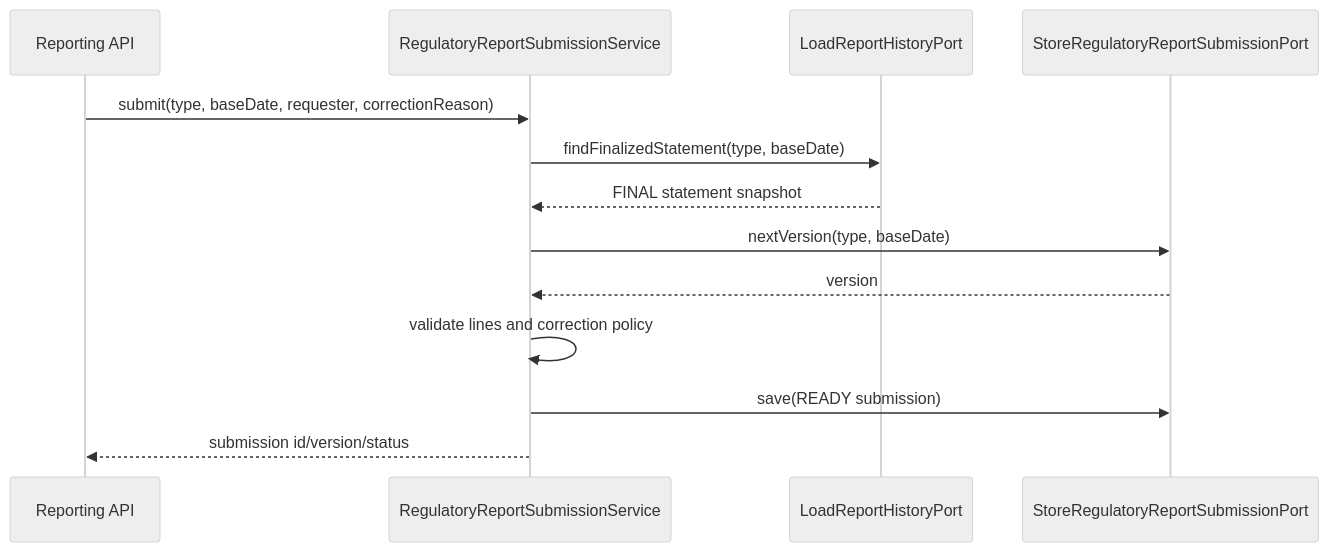
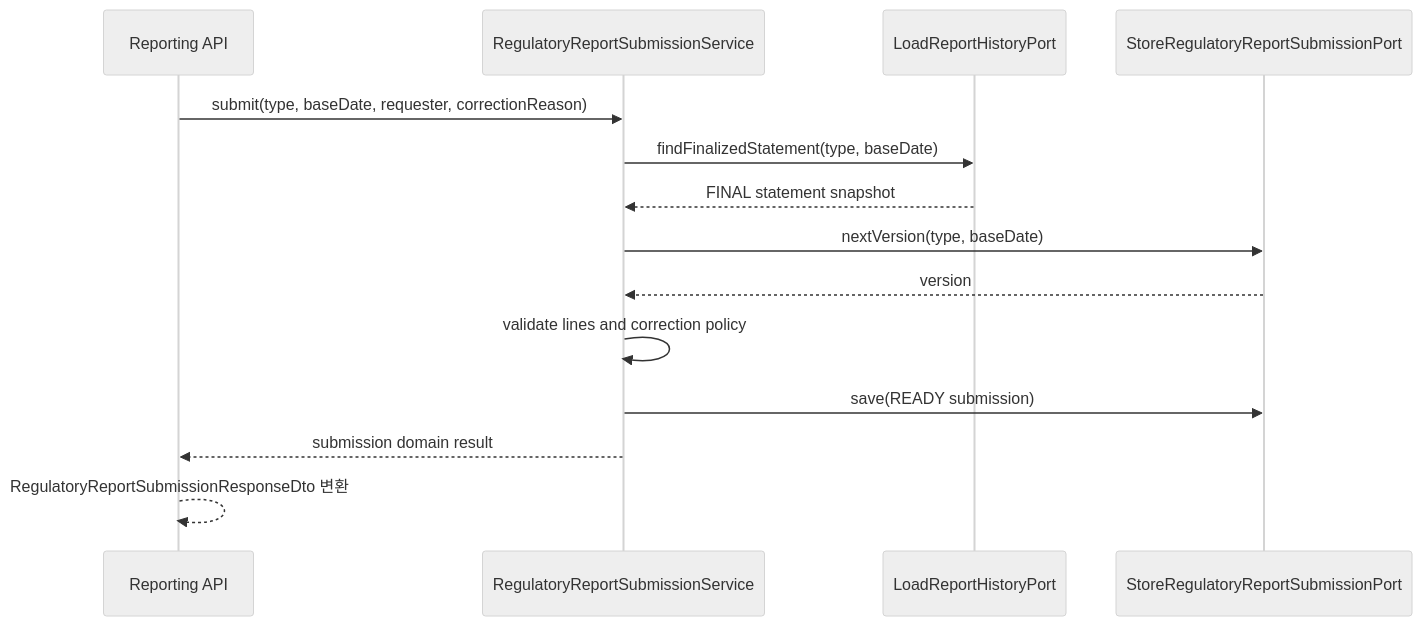
The second of 5 diagrams in reporting/docs/process-flow.md (skyg547/account), drawn with Mermaid (neutral theme) before and after one commit. The commit also changed other lines of this file and 82 other files, not shown here.

````diff
--- a/reporting/docs/process-flow.md
+++ b/reporting/docs/process-flow.md
@@ -27,16 +28,17 @@
 ```mermaid
 sequenceDiagram
     participant API as Reporting API
     participant Service as RegulatoryReportSubmissionService
     participant Snapshot as LoadReportHistoryPort
     participant Submission as StoreRegulatoryReportSubmissionPort
 
     API->>Service: submit(type, baseDate, requester, correctionReason)
     Service->>Snapshot: findFinalizedStatement(type, baseDate)
     Snapshot-->>Service: FINAL statement snapshot
     Service->>Submission: nextVersion(type, baseDate)
     Submission-->>Service: version
     Service->>Service: validate lines and correction policy
     Service->>Submission: save(READY submission)
-    Service-->>API: submission id/version/status
+    Service-->>API: submission domain result
+    API-->>API: RegulatoryReportSubmissionResponseDto 변환
 ```
````
